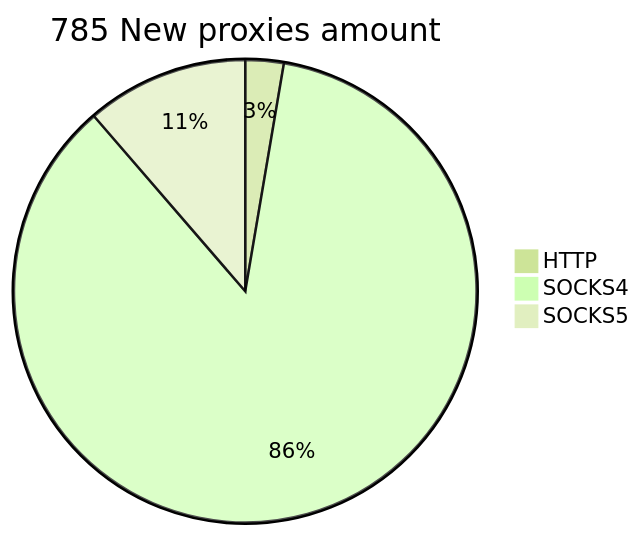
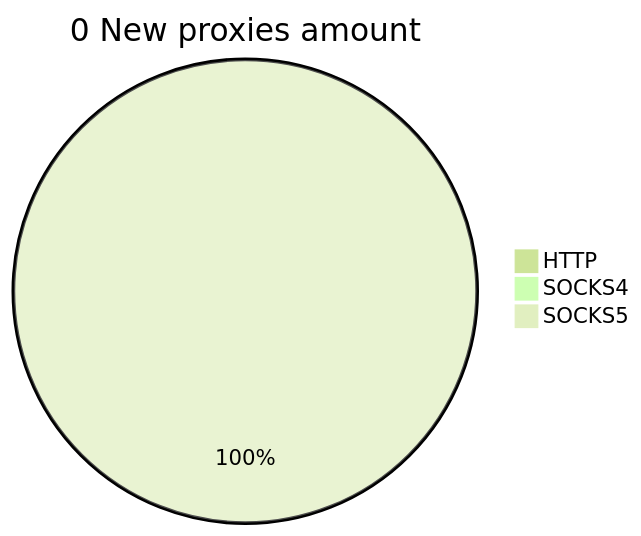
The second of 2 diagrams in README.md (cutipu/proxylist), drawn with Mermaid (forest theme) before and after one commit. The commit also changed other lines of this file, not shown here.

````diff
--- a/README.md
+++ b/README.md
@@ -10,6 +10,6 @@
 ```mermaid
-pie title 785 New proxies amount
-    "HTTP" : 21
-    "SOCKS4" : 675
-    "SOCKS5" : 89
+pie title 0 New proxies amount
+    "HTTP" : 0
+    "SOCKS4" : 0
+    "SOCKS5" : 1
 ```
````
